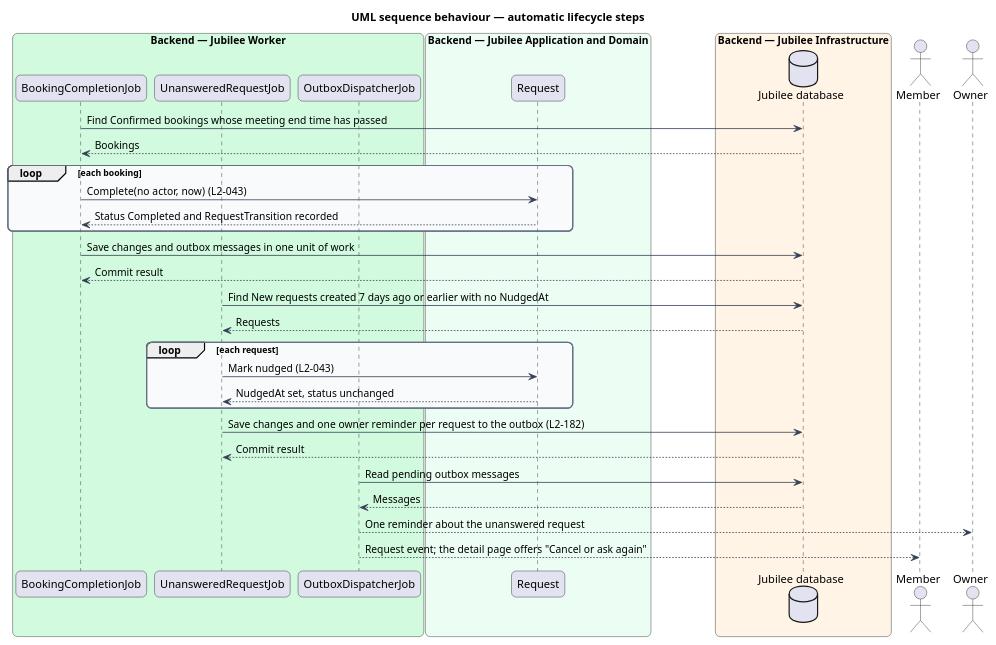
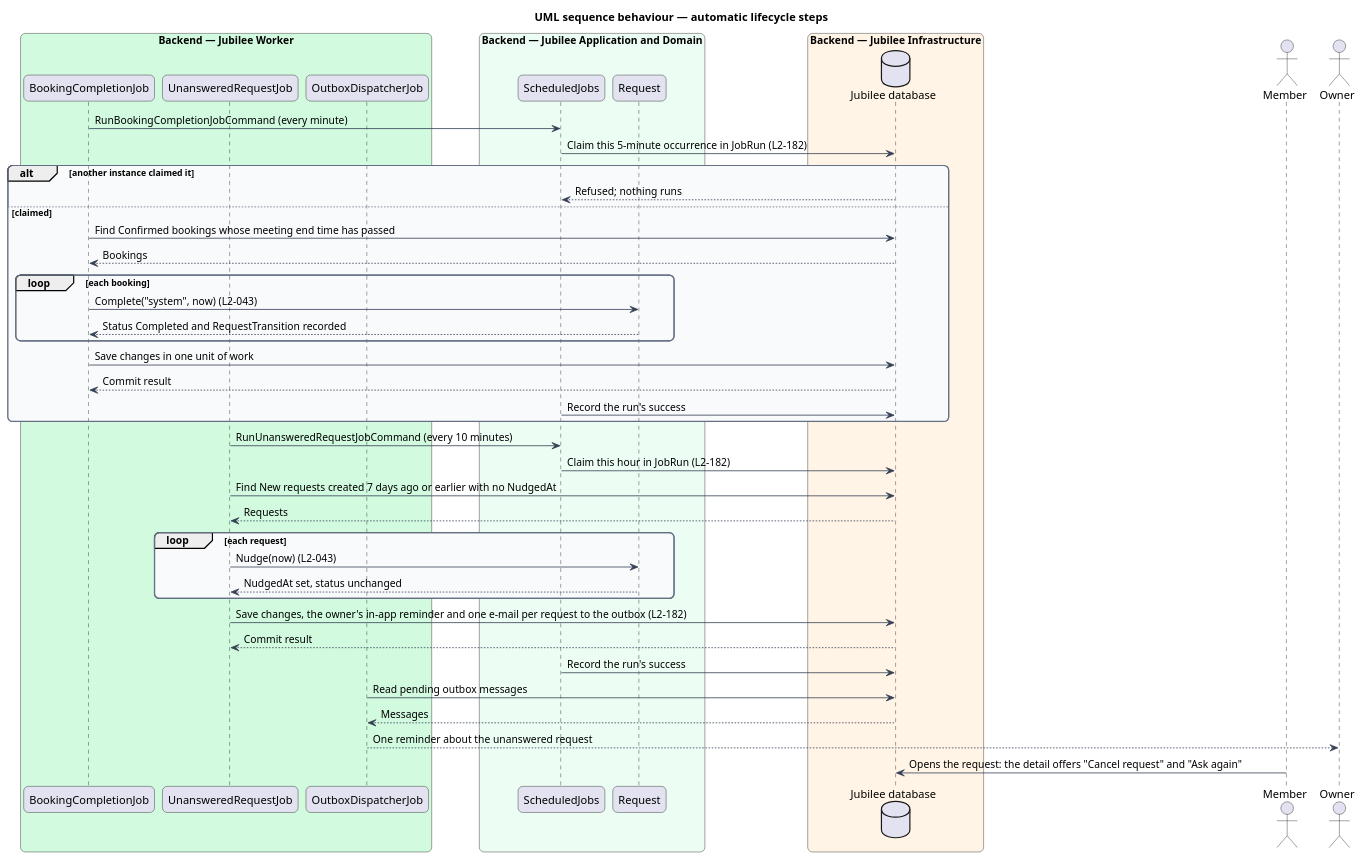
The diagram in docs/detailed-designs/requests/track-requests/diagrams/sequence-lifecycle-jobs.puml (QuinntyneBrown/jubilee), drawn with PlantUML before and after one commit. The commit also changed 28 other files, not shown here.

Commit message:
Journey 14: specify L2-225 Mark an order fulfilled and L2-070 AC6, ADR 0060, and bring the track, cancel and incoming designs in line with the code

```diff
--- a/docs/detailed-designs/requests/track-requests/diagrams/sequence-lifecycle-jobs.puml
+++ b/docs/detailed-designs/requests/track-requests/diagrams/sequence-lifecycle-jobs.puml
@@ -1,50 +1,61 @@
 @startuml
 title UML sequence behaviour — automatic lifecycle steps
 skinparam backgroundColor #FFFFFF
 skinparam shadowing false
 skinparam roundcorner 12
 skinparam defaultFontName Arial
 skinparam ArrowColor #344054
 skinparam rectangle {
   BorderColor #344054
   FontColor #101828
 }
 skinparam package {
   BorderColor #667085
   FontColor #101828
   BackgroundColor #F9FAFB
 }
 box "Backend — Jubilee Worker" #D1FADF
   participant "BookingCompletionJob" as done
   participant "UnansweredRequestJob" as stale
   participant "OutboxDispatcherJob" as outbox
 end box
 box "Backend — Jubilee Application and Domain" #ECFDF3
+  participant "ScheduledJobs" as jobs
   participant "Request" as entity
 end box
 box "Backend — Jubilee Infrastructure" #FFF4E5
   database "Jubilee database" as db
 end box
 actor "Member" as member
 actor "Owner" as owner
+done -> jobs : RunBookingCompletionJobCommand (every minute)
+jobs -> db : Claim this 5-minute occurrence in JobRun (L2-182)
+alt another instance claimed it
+  db --> jobs : Refused; nothing runs
+else claimed
 done -> db : Find Confirmed bookings whose meeting end time has passed
 db --> done : Bookings
 loop each booking
-  done -> entity : Complete(no actor, now) (L2-043)
+  done -> entity : Complete("system", now) (L2-043)
   entity --> done : Status Completed and RequestTransition recorded
 end
-done -> db : Save changes and outbox messages in one unit of work
+done -> db : Save changes in one unit of work
 db --> done : Commit result
+jobs -> db : Record the run's success
+end
+stale -> jobs : RunUnansweredRequestJobCommand (every 10 minutes)
+jobs -> db : Claim this hour in JobRun (L2-182)
 stale -> db : Find New requests created 7 days ago or earlier with no NudgedAt
 db --> stale : Requests
 loop each request
-  stale -> entity : Mark nudged (L2-043)
+  stale -> entity : Nudge(now) (L2-043)
   entity --> stale : NudgedAt set, status unchanged
 end
-stale -> db : Save changes and one owner reminder per request to the outbox (L2-182)
+stale -> db : Save changes, the owner's in-app reminder and one e-mail per request to the outbox (L2-182)
 db --> stale : Commit result
+jobs -> db : Record the run's success
 outbox -> db : Read pending outbox messages
 db --> outbox : Messages
 outbox --> owner : One reminder about the unanswered request
-outbox --> member : Request event; the detail page offers "Cancel or ask again"
+member -> db : Opens the request: the detail offers "Cancel request" and "Ask again"
 @enduml
```
